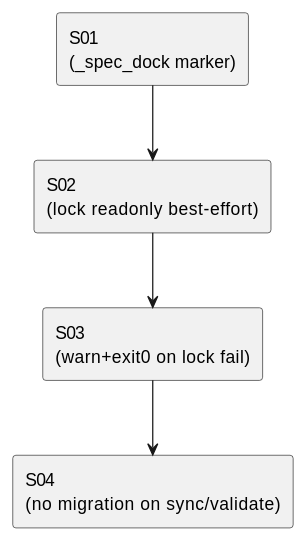
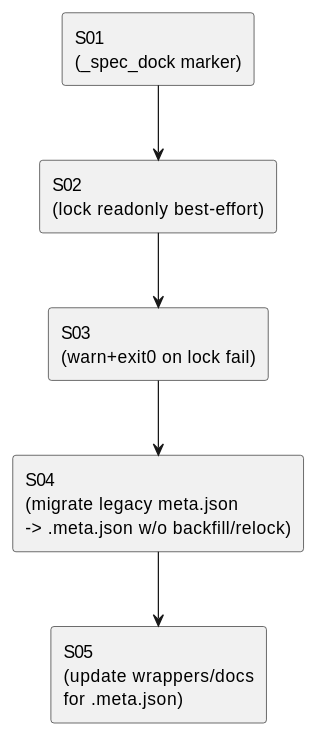
The diagram in spec-deps/current/plan.md (chemitaro/spec-dock), drawn with PlantUML before and after one commit. The commit also changed other lines of this file and 5 other files, not shown here.

First line of the commit message:
docs(spec-deps): SSOTメタを .meta.json に統一

````diff
--- a/spec-deps/current/plan.md
+++ b/spec-deps/current/plan.md
@@ -31,14 +33,16 @@
 ```plantuml
 @startuml
 skinparam shadowing false
 
 rectangle "S01\n(_spec_dock marker)" as S01
 rectangle "S02\n(lock readonly best-effort)" as S02
 rectangle "S03\n(warn+exit0 on lock fail)" as S03
-rectangle "S04\n(no migration on sync/validate)" as S04
+rectangle "S04\n(migrate legacy meta.json\n-> .meta.json w/o backfill/relock)" as S04
+rectangle "S05\n(update wrappers/docs\nfor .meta.json)" as S05
 
 S01 --> S02
 S02 --> S03
 S03 --> S04
+S04 --> S05
 @enduml
 ```
````
